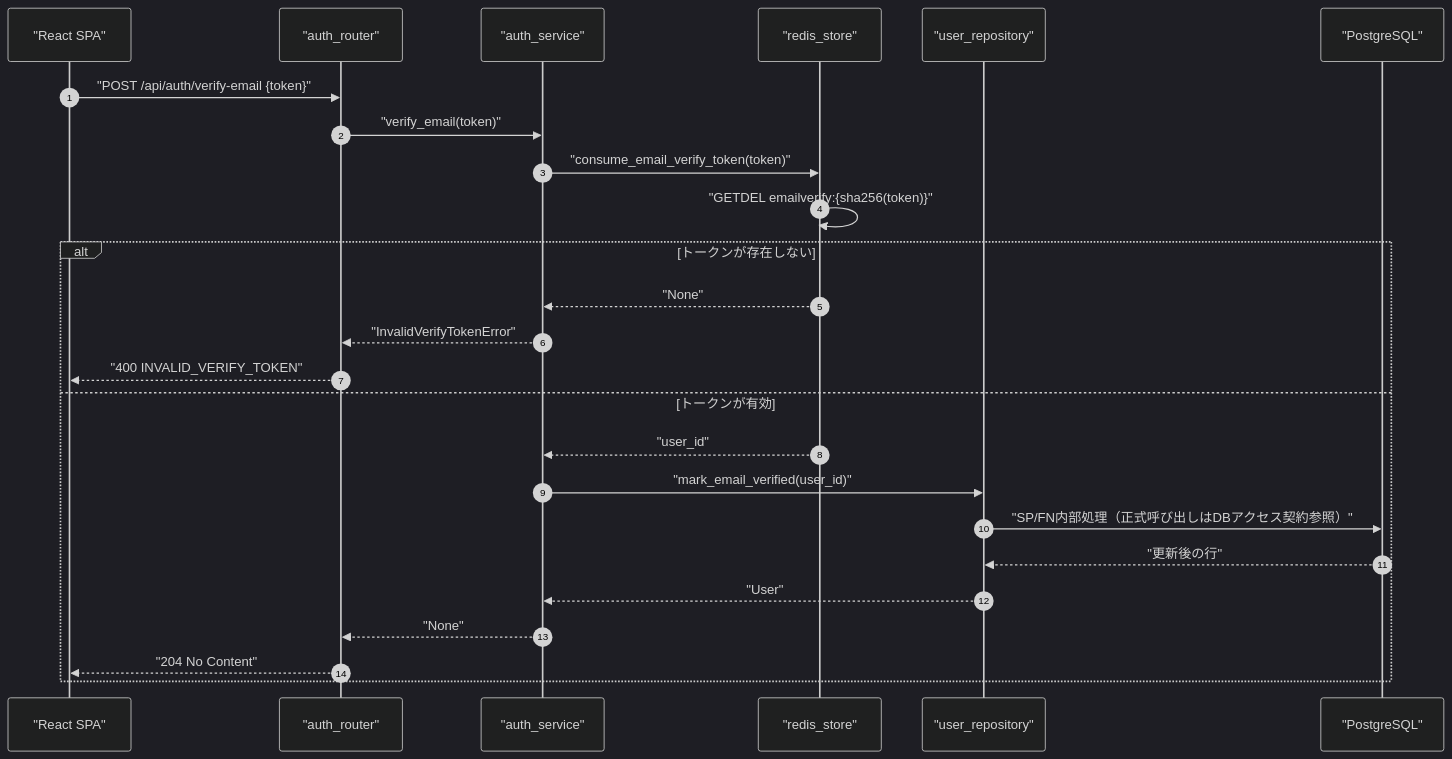
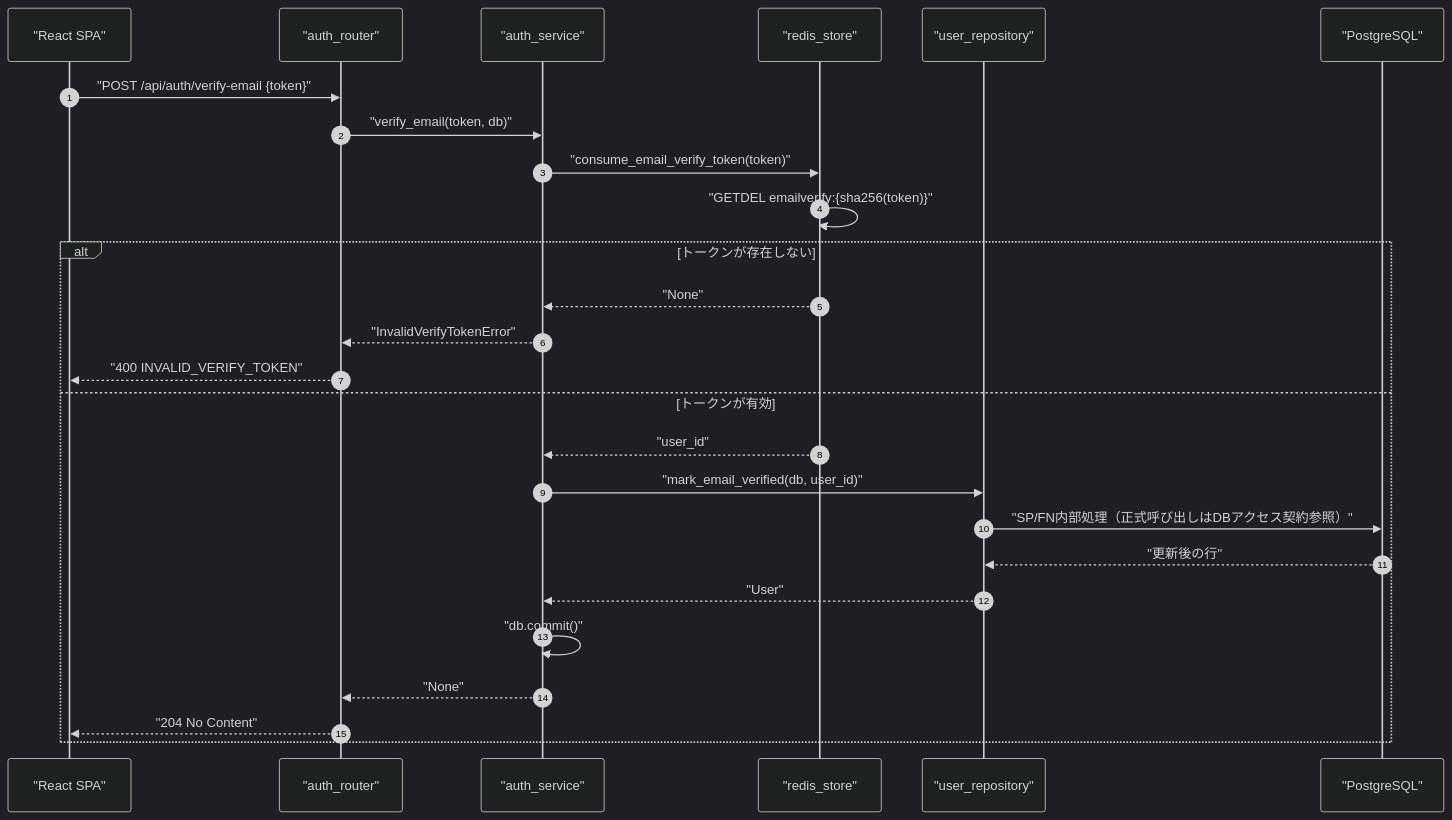
Before and after one commit to oikawa-d/task_management: the first of 4 diagrams in docs/detailed_design/api/auth/07_post_auth_verify_email.md, drawn with Mermaid (dark theme). The commit also changed other lines of this file and 11 other files, not shown here.

````diff
--- a/docs/detailed_design/api/auth/07_post_auth_verify_email.md
+++ b/docs/detailed_design/api/auth/07_post_auth_verify_email.md
@@ -86,28 +86,29 @@
 ```mermaid
 sequenceDiagram
     autonumber
     participant FE as "React SPA"
     participant R as "auth_router"
     participant S as "auth_service"
     participant RD as "redis_store"
     participant UR as "user_repository"
     participant PG as "PostgreSQL"
 
     FE->>R: "POST /api/auth/verify-email {token}"
-    R->>S: "verify_email(token)"
+    R->>S: "verify_email(token, db)"
     S->>RD: "consume_email_verify_token(token)"
     RD->>RD: "GETDEL emailverify:{sha256(token)}"
     alt トークンが存在しない
         RD-->>S: "None"
         S-->>R: "InvalidVerifyTokenError"
         R-->>FE: "400 INVALID_VERIFY_TOKEN"
     else トークンが有効
         RD-->>S: "user_id"
-        S->>UR: "mark_email_verified(user_id)"
+        S->>UR: "mark_email_verified(db, user_id)"
         UR->>PG: "SP/FN内部処理（正式呼び出しはDBアクセス契約参照）"
         PG-->>UR: "更新後の行"
         UR-->>S: "User"
+        S->>S: "db.commit()"
         S-->>R: "None"
         R-->>FE: "204 No Content"
     end
 ```
````
